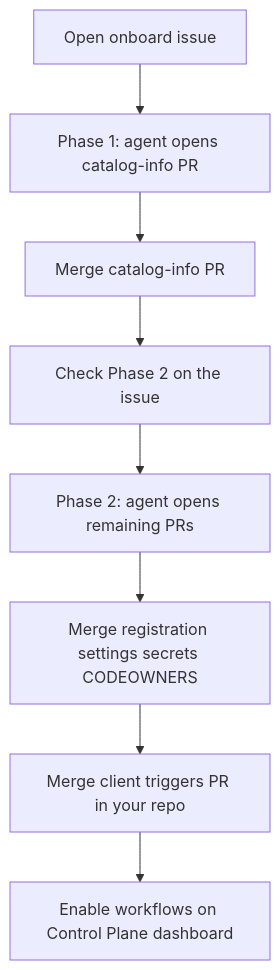
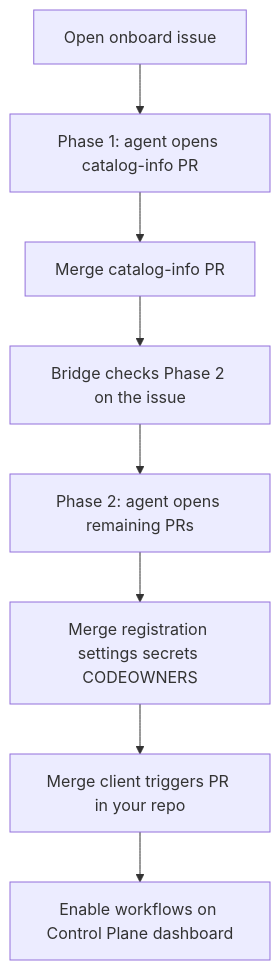
Before and after one commit to elastic/oblt-aw: the first of 2 diagrams in docs/user-guide/onboard-a-repository.md, drawn with Mermaid. The commit also changed other lines of this file and 12 other files, not shown here.

````diff
--- a/docs/user-guide/onboard-a-repository.md
+++ b/docs/user-guide/onboard-a-repository.md
@@ -7,10 +7,10 @@
 ```mermaid
 flowchart TD
   A[Open onboard issue] --> B[Phase 1: agent opens catalog-info PR]
   B --> C[Merge catalog-info PR]
-  C --> D[Check Phase 2 on the issue]
+  C --> D[Bridge checks Phase 2 on the issue]
   D --> E[Phase 2: agent opens remaining PRs]
   E --> F[Merge registration settings secrets CODEOWNERS]
   F --> G[Merge client triggers PR in your repo]
   G --> H[Enable workflows on Control Plane dashboard]
 ```
````
